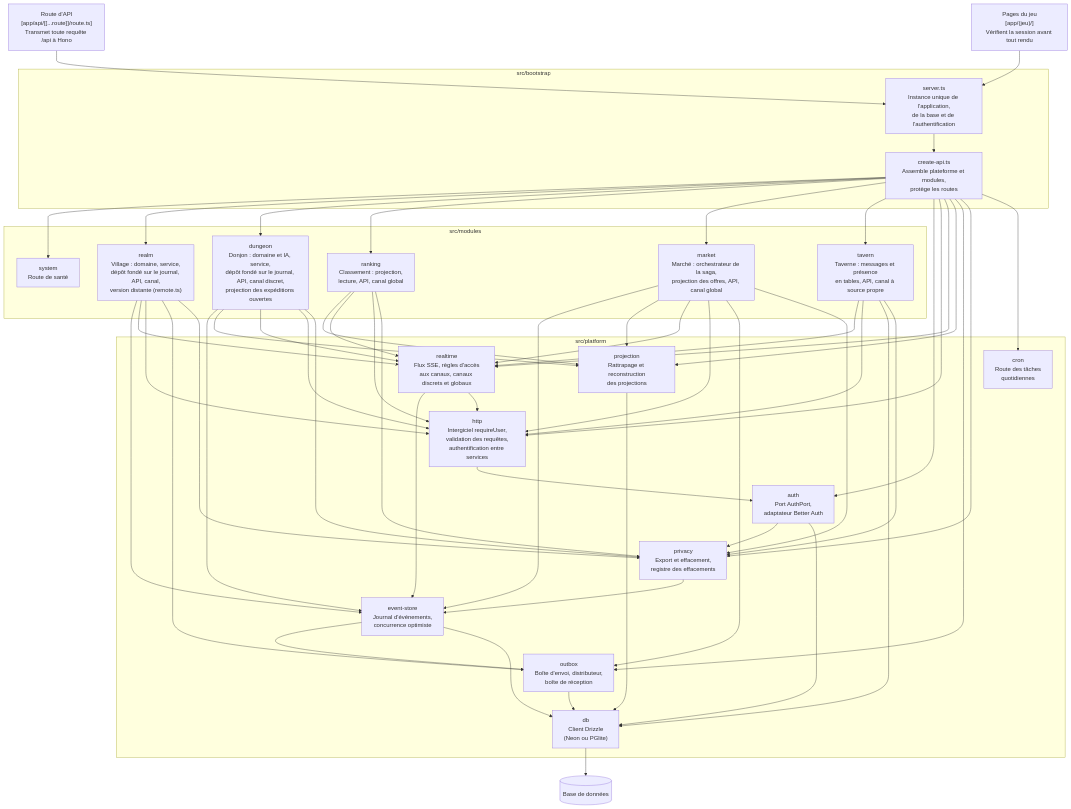
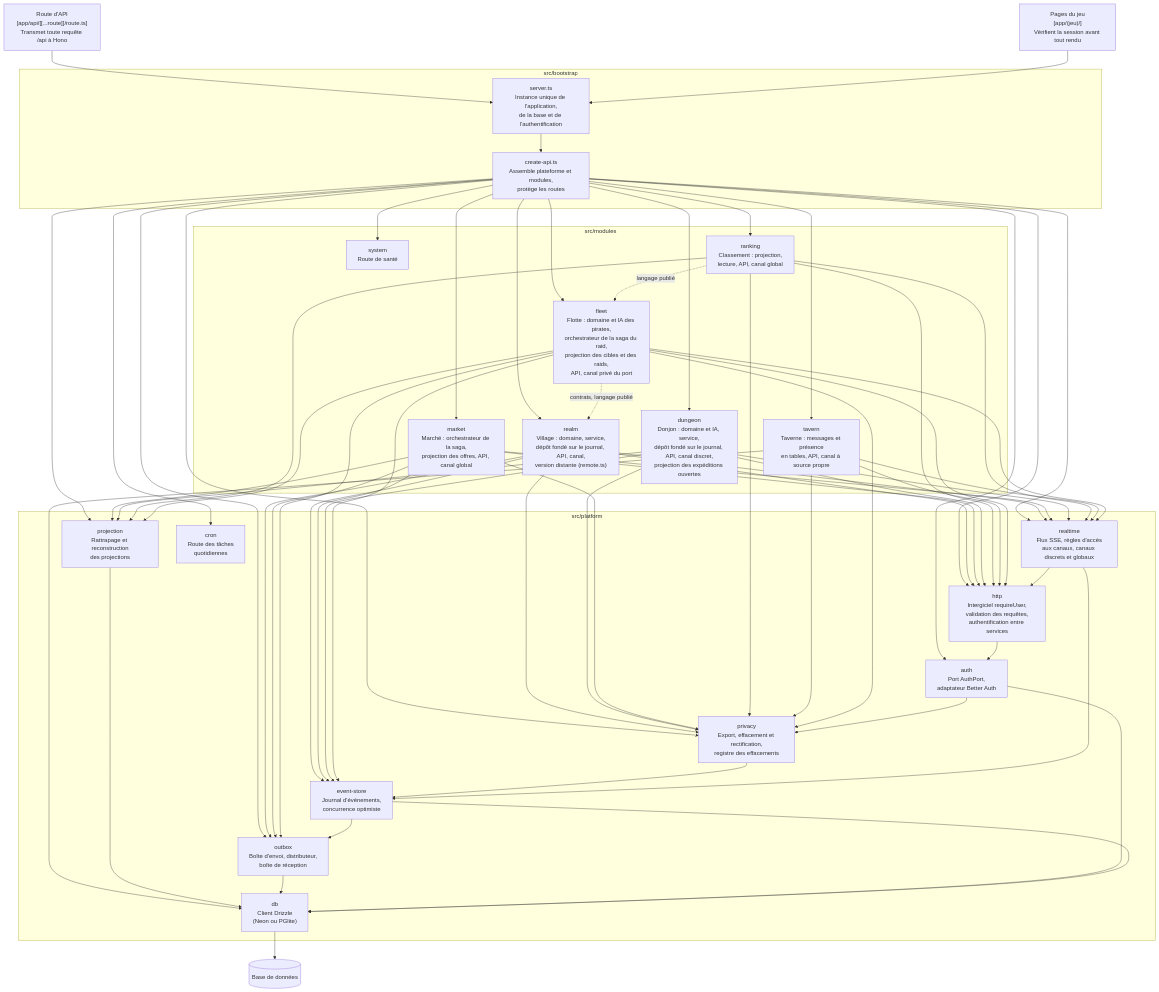
The third of 6 diagrams in docs/architecture.md (Swixos/royaumes), drawn with Mermaid before and after one commit. The commit also changed other lines of this file, not shown here.

Commit message:
docs(architecture): describe the fleet module and its raid sequence

````diff
--- a/docs/architecture.md
+++ b/docs/architecture.md
@@ -55,49 +55,53 @@
 ```mermaid
 flowchart TB
   route["Route d'API<br/>[app/api/[[...route]]/route.ts]<br/>Transmet toute requête /api à Hono"]
   pages["Pages du jeu<br/>[app/(jeu)/]<br/>Vérifient la session avant tout rendu"]
   subgraph bootstrap["src/bootstrap"]
     server["server.ts<br/>Instance unique de l'application,<br/>de la base et de l'authentification"]
     createapi["create-api.ts<br/>Assemble plateforme et modules,<br/>protège les routes"]
   end
   subgraph modules["src/modules"]
     system["system<br/>Route de santé"]
     realm["realm<br/>Village : domaine, service,<br/>dépôt fondé sur le journal, API, canal,<br/>version distante (remote.ts)"]
     dungeon["dungeon<br/>Donjon : domaine et IA, service,<br/>dépôt fondé sur le journal, API, canal discret,<br/>projection des expéditions ouvertes"]
     ranking["ranking<br/>Classement : projection,<br/>lecture, API, canal global"]
     market["market<br/>Marché : orchestrateur de la saga,<br/>projection des offres, API, canal global"]
     tavern["tavern<br/>Taverne : messages et présence<br/>en tables, API, canal à source propre"]
+    fleet["fleet<br/>Flotte : domaine et IA des pirates,<br/>orchestrateur de la saga du raid,<br/>projection des cibles et des raids,<br/>API, canal privé du port"]
   end
   subgraph platform["src/platform"]
     auth["auth<br/>Port AuthPort,<br/>adaptateur Better Auth"]
     http["http<br/>Intergiciel requireUser,<br/>validation des requêtes,<br/>authentification entre services"]
     realtime["realtime<br/>Flux SSE, règles d'accès<br/>aux canaux, canaux discrets et globaux"]
     store["event-store<br/>Journal d'événements,<br/>concurrence optimiste"]
     projection["projection<br/>Rattrapage et reconstruction<br/>des projections"]
     outbox["outbox<br/>Boîte d'envoi, distributeur,<br/>boîte de réception"]
-    privacy["privacy<br/>Export et effacement,<br/>registre des effacements"]
+    privacy["privacy<br/>Export, effacement et rectification,<br/>registre des effacements"]
     cron["cron<br/>Route des tâches<br/>quotidiennes"]
     db["db<br/>Client Drizzle<br/>(Neon ou PGlite)"]
   end
   base[("Base de données")]
   route --> server
   pages --> server
   server --> createapi
-  createapi --> system & realm & dungeon & ranking & market & tavern & auth & http & realtime & projection & outbox & privacy & cron
+  createapi --> system & realm & dungeon & ranking & market & tavern & fleet & auth & http & realtime & projection & outbox & privacy & cron
   realm --> store & realtime & http & outbox
   market --> store & projection & realtime & http & outbox
   dungeon --> store & projection & realtime & http
   ranking --> projection & realtime & http
   tavern --> realtime & http & db
-  realm & dungeon & market & ranking & tavern --> privacy
+  fleet --> store & projection & realtime & http & outbox
+  fleet -.->|"contrats, langage publié"| realm
+  ranking -.->|"langage publié"| fleet
+  realm & dungeon & market & ranking & tavern & fleet --> privacy
   privacy --> store
   auth --> privacy
   realtime --> store & http
   projection --> db
   store --> outbox
   outbox --> db
   http --> auth
   auth --> db
   store --> db
   db --> base
 ```
````
